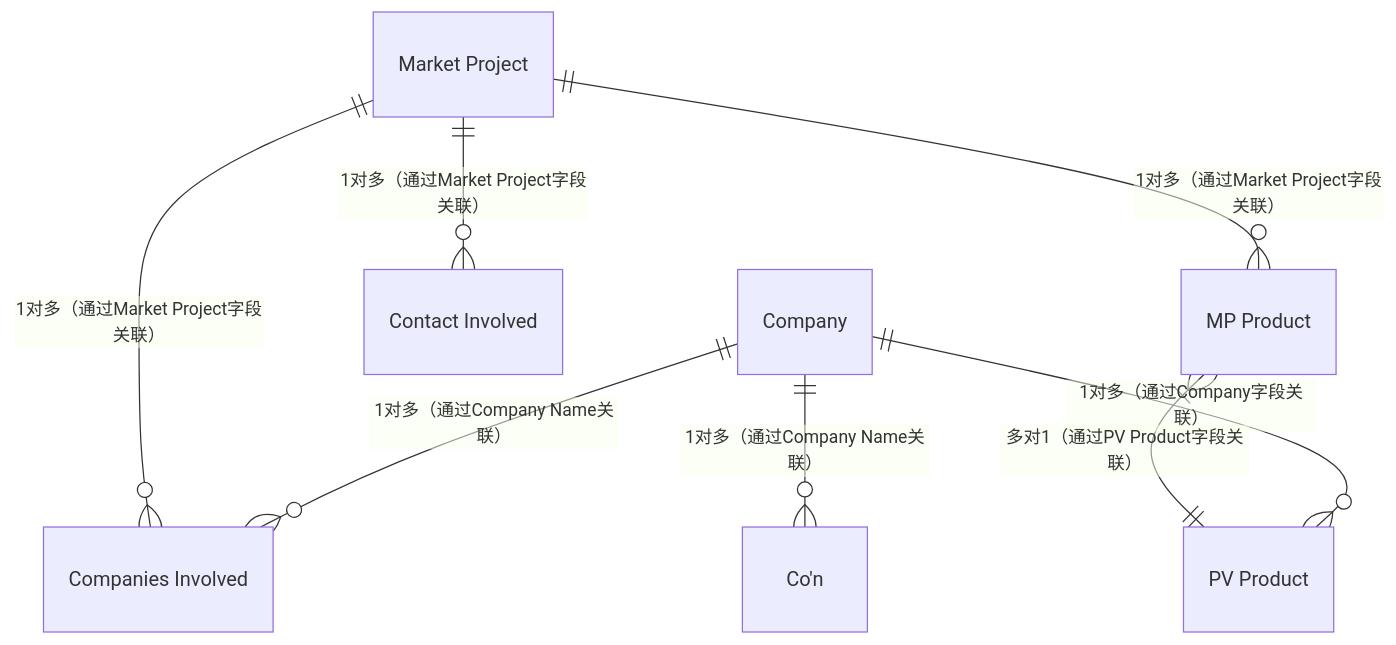
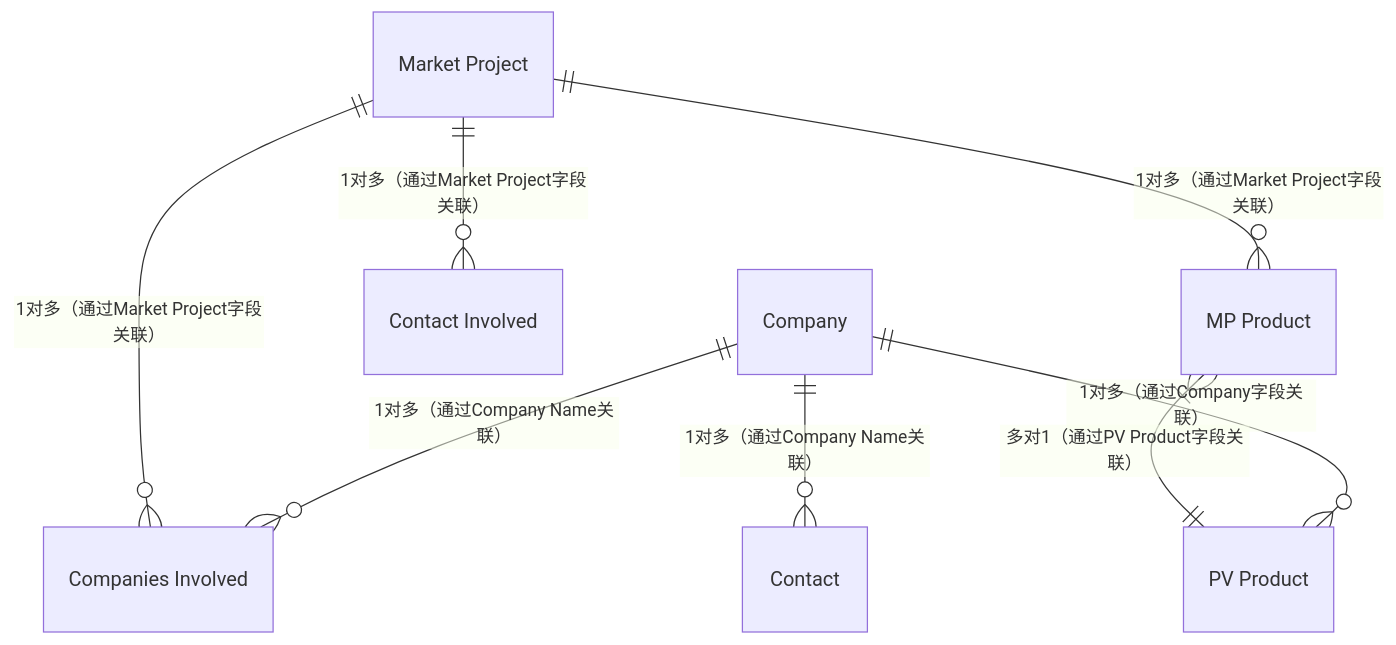
One commit to zhangziru-33/iodraw-files changed the diagram in all/Norden数据E-R图.md. Above: the diagram before and after it, drawn with Mermaid.

Commit message:
2025-12-04 13:21:55 update

````diff
--- a/all/Norden数据E-R图.md
+++ b/all/Norden数据E-R图.md
@@ -1,11 +1,12 @@
 ```mermaid
 %% {init: {'theme': 'base', 'themeVariables': {'background': '#ffffff'}}}%%
 erDiagram
     Company ||--o{ "Companies Involved" : "1对多（通过Company Name关联）"
     Company ||--o{ "PV Product" : "1对多（通过Company字段关联）"
-    Company ||--o{ "Co'n" : "1对多（通过Company Name关联）"
+    Company ||--o{ "Contact" : "1对多（通过Company Name关联）"
     "Market Project" ||--o{ "Companies Involved" : "1对多（通过Market Project字段关联）"
     "Market Project" ||--o{ "Contact Involved" : "1对多（通过Market Project字段关联）"
     "Market Project" ||--o{ "MP Product" : "1对多（通过Market Project字段关联）"
     "MP Product" }|--|| "PV Product" : "多对1（通过PV Product字段关联）"
+    
 ```
````
